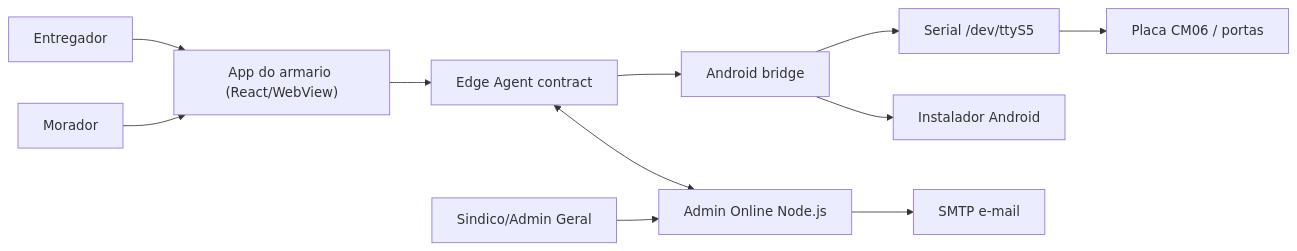
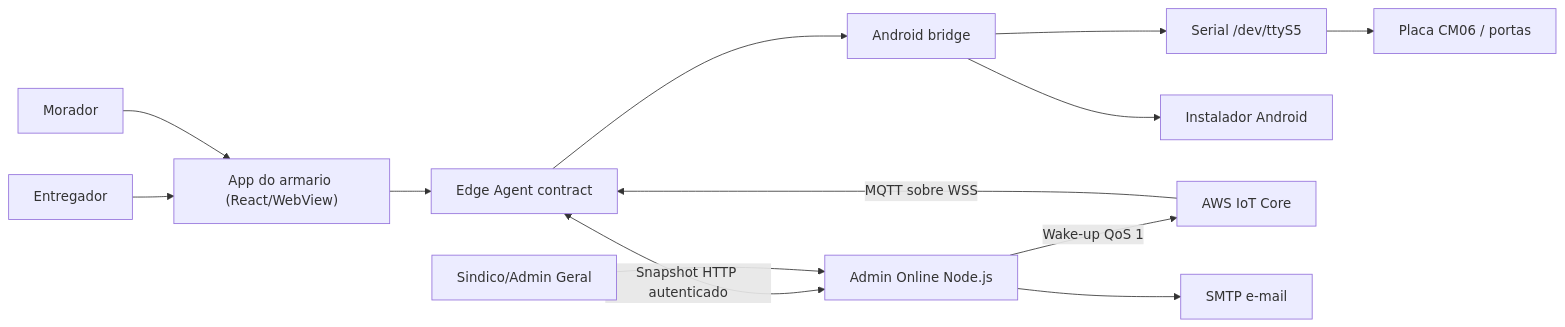
The diagram in docs/ARCHITECTURE.md (PredditaTi/Locker-Preddita), drawn with Mermaid before and after one commit. The commit also changed other lines of this file and 26 other files, not shown here.

Commit message:
Add secure MQTT command wake-ups (#15)

````diff
--- a/docs/ARCHITECTURE.md
+++ b/docs/ARCHITECTURE.md
@@ -11,13 +11,15 @@
 ```mermaid
 flowchart LR
   Courier["Entregador"] --> Kiosk["App do armario (React/WebView)"]
   Resident["Morador"] --> Kiosk
   Kiosk --> Edge["Edge Agent contract"]
   Edge --> Android["Android bridge"]
   Android --> RS485["Serial /dev/ttyS5"]
   Android --> Installer["Instalador Android"]
   RS485 --> Board["Placa CM06 / portas"]
-  Edge <--> Admin["Admin Online Node.js"]
+  Edge <-->|"Snapshot HTTP autenticado"| Admin["Admin Online Node.js"]
+  Admin -->|"Wake-up QoS 1"| IoT["AWS IoT Core"]
+  IoT -->|"MQTT sobre WSS"| Edge
   Admin --> SMTP["SMTP e-mail"]
   Manager["Sindico/Admin Geral"] --> Admin
 ```
````
